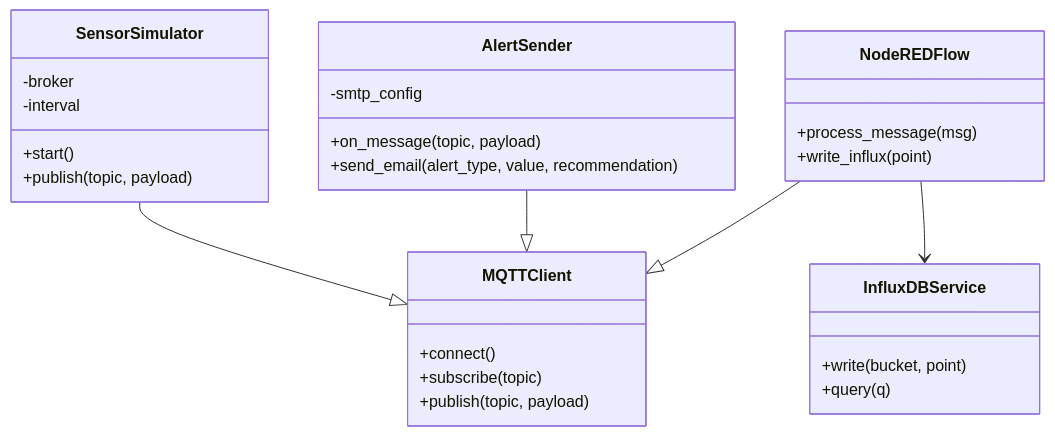
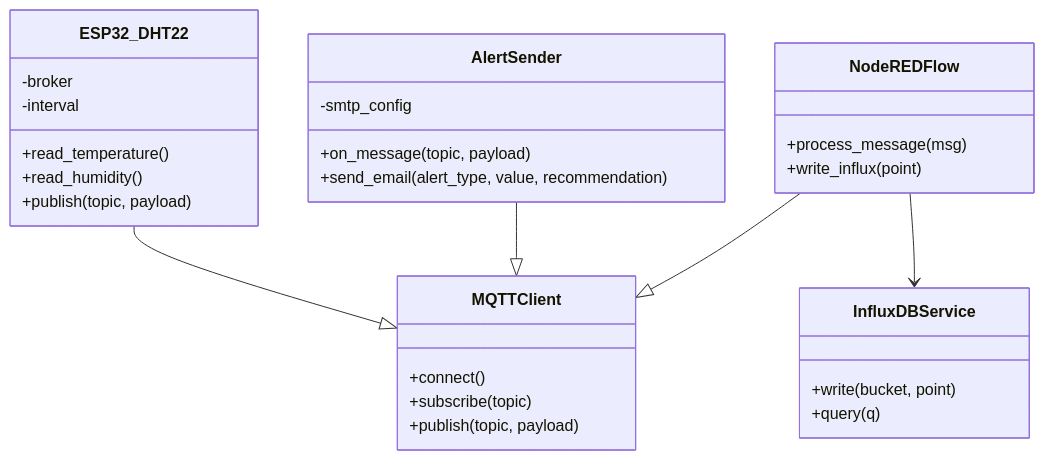
The second of 2 diagrams in README.md (sifeddine-hebbaj/Systeme-d-alerte-pour-catastrophes-naturelles-IoT-virtuel-), drawn with Mermaid before and after one commit. The commit also changed other lines of this file, not shown here.

Commit message:
Refine architecture and class diagrams
Updated architecture and class diagrams in README.

````diff
--- a/README.md
+++ b/README.md
@@ -119,36 +119,38 @@
 ```mermaid
 classDiagram
-	class SensorSimulator {
-		+start()
-		+publish(topic, payload)
-		-broker
-		-interval
-	}
+    class ESP32_DHT22 {
+        +read_temperature()
+        +read_humidity()
+        +publish(topic, payload)
+        -broker
+        -interval
+    }
 
-	class AlertSender {
-		+on_message(topic, payload)
-		+send_email(alert_type, value, recommendation)
-		-smtp_config
-	}
+    class AlertSender {
+        +on_message(topic, payload)
+        +send_email(alert_type, value, recommendation)
+        -smtp_config
+    }
 
-	class MQTTClient {
-		+connect()
-		+subscribe(topic)
-		+publish(topic, payload)
-	}
+    class MQTTClient {
+        +connect()
+        +subscribe(topic)
+        +publish(topic, payload)
+    }
 
-	class NodeREDFlow {
-		+process_message(msg)
-		+write_influx(point)
-	}
+    class NodeREDFlow {
+        +process_message(msg)
+        +write_influx(point)
+    }
 
-	class InfluxDBService {
-		+write(bucket, point)
-		+query(q)
-	}
+    class InfluxDBService {
+        +write(bucket, point)
+        +query(q)
+    }
 
-	SensorSimulator --|> MQTTClient
-	AlertSender --|> MQTTClient
-	NodeREDFlow --|> MQTTClient
-	NodeREDFlow --> InfluxDBService
+    ESP32_DHT22 --|> MQTTClient
+    AlertSender --|> MQTTClient
+    NodeREDFlow --|> MQTTClient
+    NodeREDFlow --> InfluxDBService
+
 ```
````
